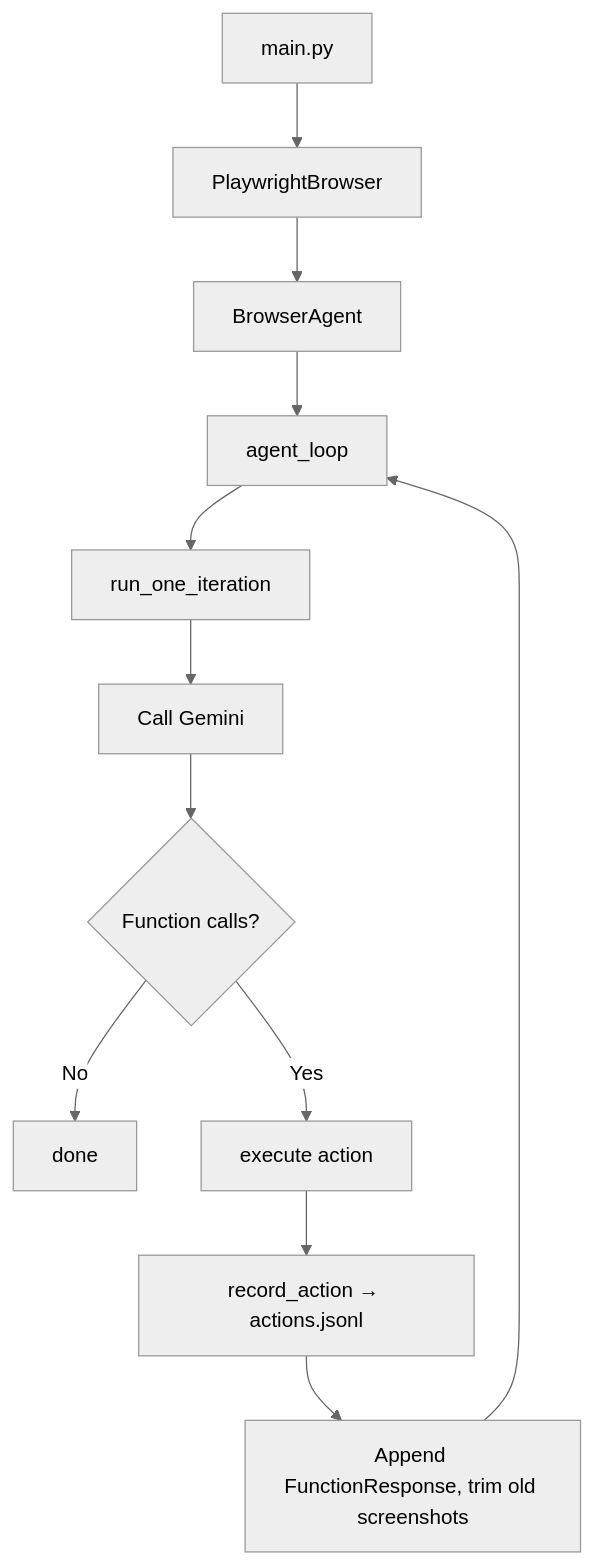
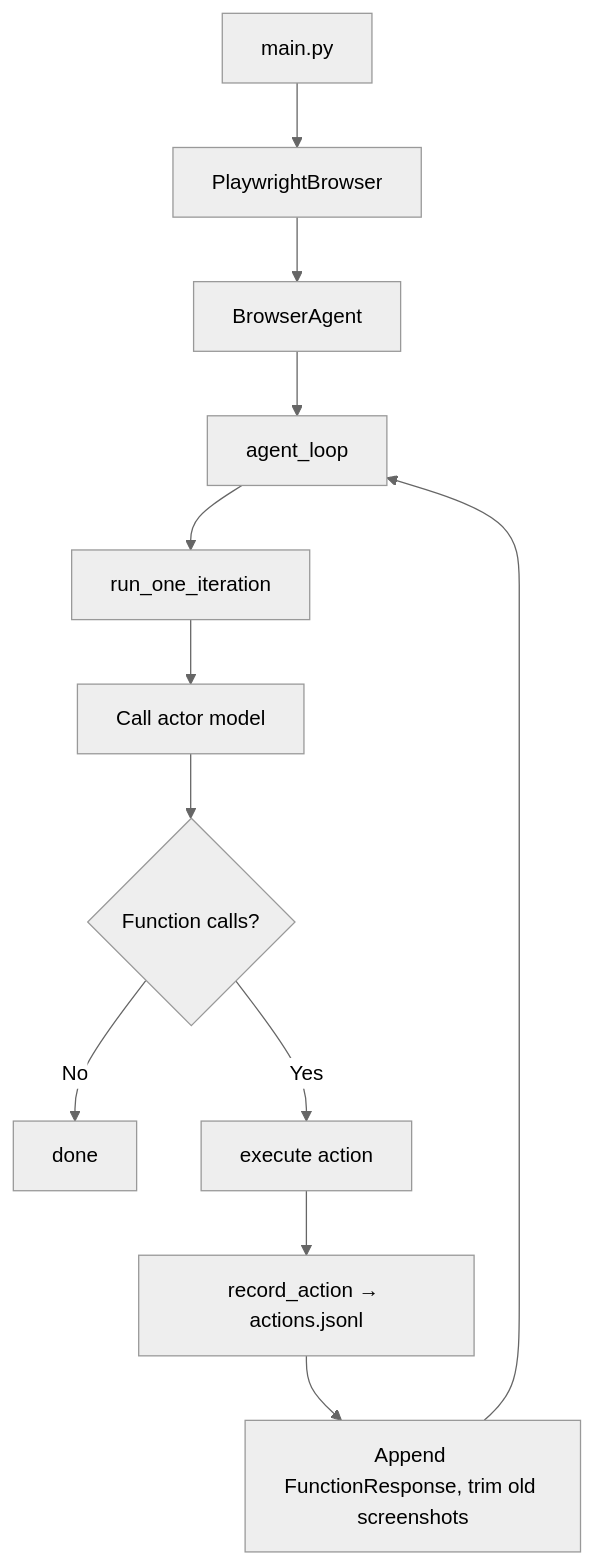
One commit to junyeong-nero/tiny-browser-agent changed the diagram in README.md. Above: the diagram before and after it, drawn with Mermaid (neutral theme). The commit also changed other lines of this file and 1 other file, not shown here.

````diff
--- a/README.md
+++ b/README.md
@@ -89,14 +92,14 @@
 ```mermaid
 flowchart TD
     A[main.py] --> D[PlaywrightBrowser]
     D --> F[BrowserAgent]
     F --> G[agent_loop]
     G --> H[run_one_iteration]
-    H --> I[Call Gemini]
+    H --> I[Call actor model]
     I --> J{Function calls?}
     J -->|No| K[done]
     J -->|Yes| L[execute action]
     L --> M[record_action → actions.jsonl]
     M --> N[Append FunctionResponse, trim old screenshots]
     N --> G
 ```
````
